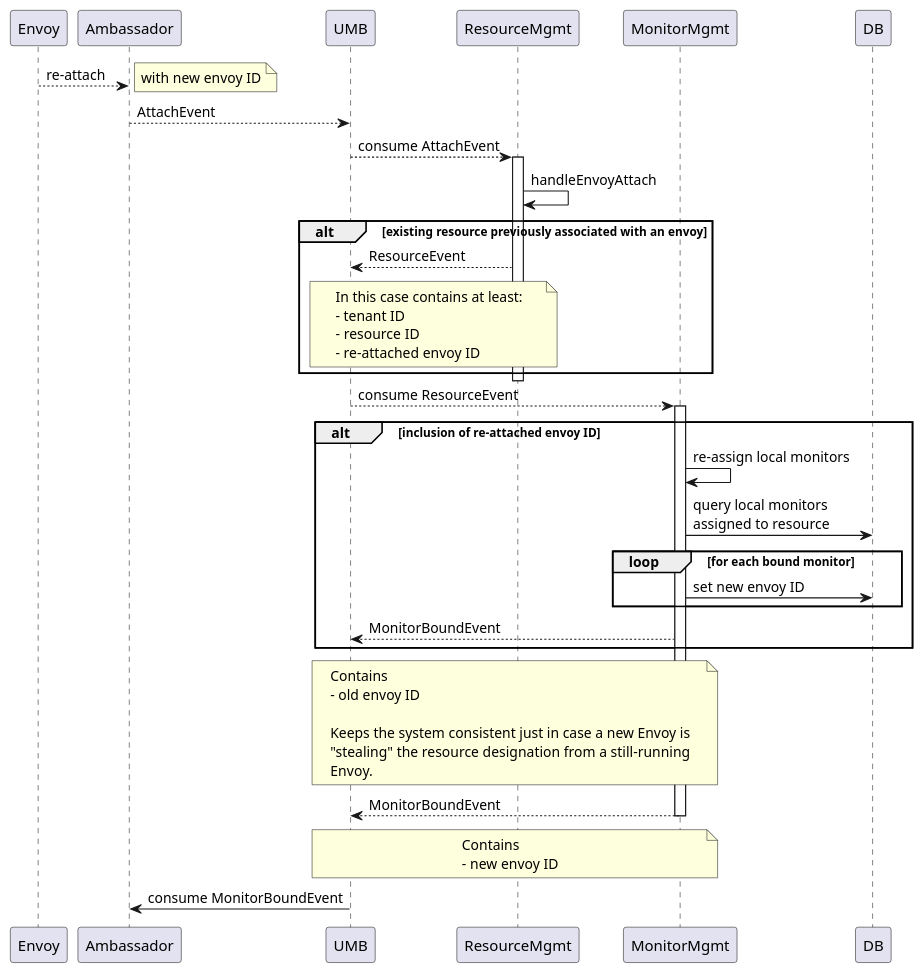
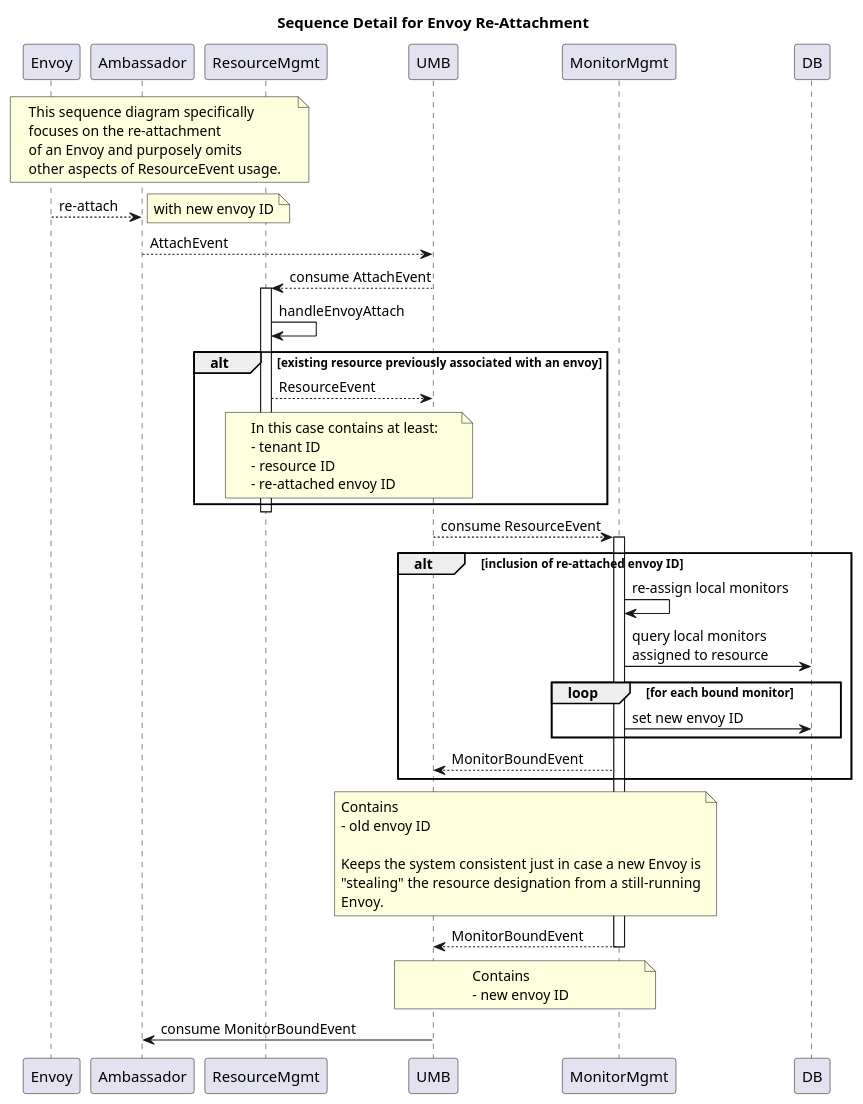
One commit to racker/salus-telemetry-bundle changed the diagram in docs/envoy-reattach-local-monitors.plantuml. Above: the diagram before and after it, drawn with PlantUML.

Commit message:
Clarify the focus of the envoy-reattach-local-monitors diagram

```diff
--- a/docs/envoy-reattach-local-monitors.plantuml
+++ b/docs/envoy-reattach-local-monitors.plantuml
@@ -1,58 +1,71 @@
 @startuml
+
+title Sequence Detail for Envoy Re-Attachment
+
+participant Envoy
+participant Ambassador
+participant ResourceMgmt
+
+note over Envoy,ResourceMgmt
+This sequence diagram specifically
+focuses on the re-attachment
+of an Envoy and purposely omits
+other aspects of ResourceEvent usage.
+end note
 
 Envoy-->Ambassador: re-attach
 note right: with new envoy ID
 
 Ambassador-->UMB: AttachEvent
 UMB-->ResourceMgmt: consume AttachEvent
 
 activate ResourceMgmt
 
 ResourceMgmt->ResourceMgmt: handleEnvoyAttach
 
 alt existing resource previously associated with an envoy
     ResourceMgmt-->UMB: ResourceEvent
 
     note over ResourceMgmt,UMB
     In this case contains at least:
     - tenant ID
     - resource ID
     - re-attached envoy ID
     end note
 end
 deactivate ResourceMgmt
 
 UMB-->MonitorMgmt: consume ResourceEvent
 activate MonitorMgmt
 alt inclusion of re-attached envoy ID
   MonitorMgmt->MonitorMgmt: re-assign local monitors
   MonitorMgmt->DB: query local monitors\nassigned to resource
 
   loop for each bound monitor
       MonitorMgmt->DB: set new envoy ID
   end
 
   MonitorMgmt-->UMB: MonitorBoundEvent
 end
 
 note over MonitorMgmt,UMB
 Contains
 - old envoy ID
 
 Keeps the system consistent just in case a new Envoy is
 "stealing" the resource designation from a still-running
 Envoy.
 end note
 
 MonitorMgmt-->UMB: MonitorBoundEvent
 
 note over MonitorMgmt,UMB
 Contains
 - new envoy ID
 end note
 
 deactivate MonitorMgmt
 
 UMB->Ambassador: consume MonitorBoundEvent
 
 @enduml
```
